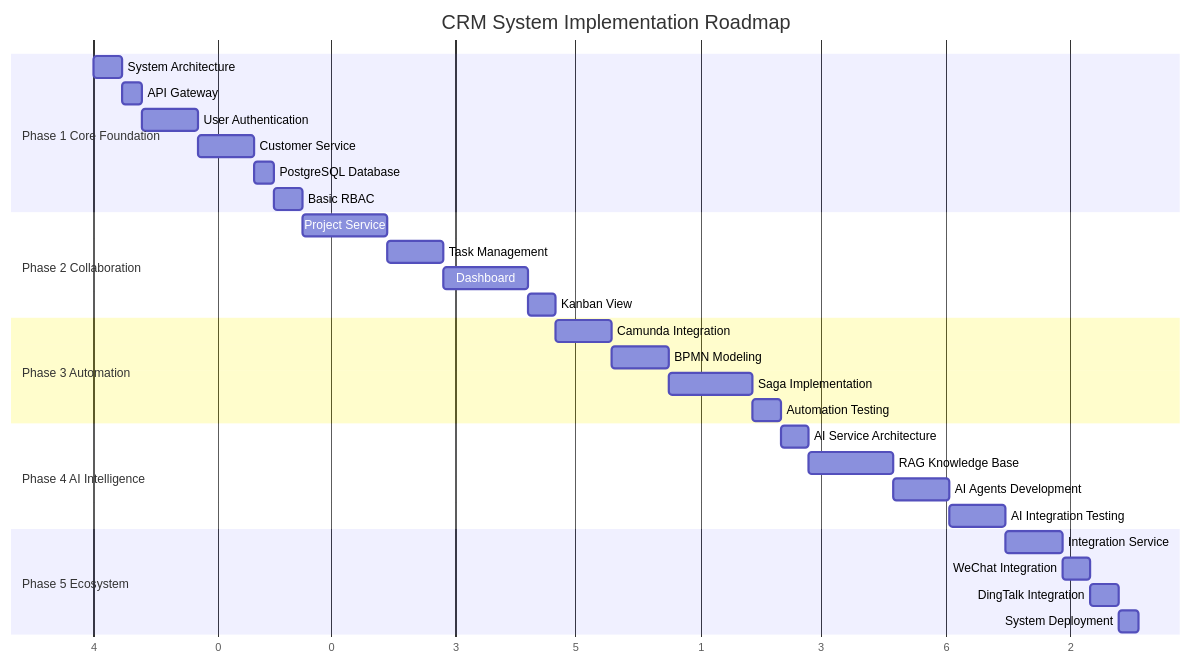
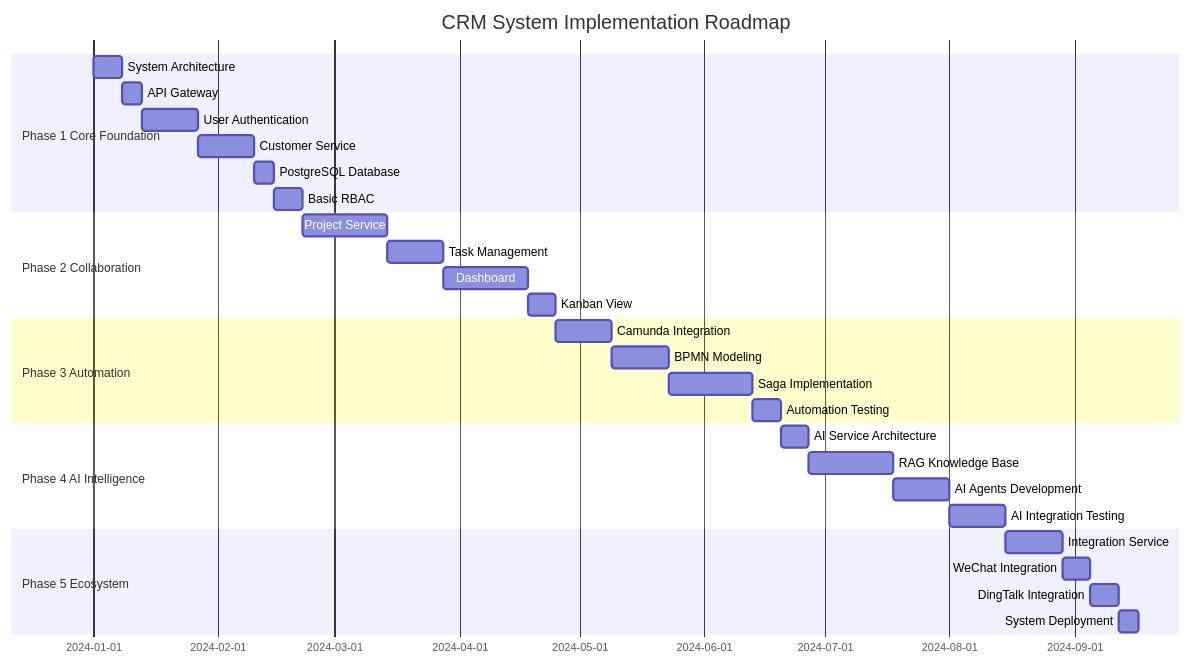
Before and after one commit to zavierd/ZHCRM: the sixth of 8 diagrams in master-simplified.md, drawn with Mermaid. The commit also changed other lines of this file and 1 other file, not shown here.

First line of the commit message:
fix: 修复Gantt图语法错误

````diff
--- a/master-simplified.md
+++ b/master-simplified.md
@@ -626,38 +601,37 @@
 ```mermaid
 gantt
     title CRM System Implementation Roadmap
-    dateFormat X
-    axisFormat %w
+    dateFormat YYYY-MM-DD
 
     section Phase 1 Core Foundation
-    System Architecture    :arch, 0, 1w
+    System Architecture    :arch, 2024-01-01, 1w
     API Gateway           :gateway, after arch, 5d
     User Authentication   :auth, after gateway, 2w
     Customer Service      :customer, after auth, 2w
     PostgreSQL Database   :db, after customer, 5d
     Basic RBAC           :rbac, after db, 1w
 
     section Phase 2 Collaboration
     Project Service       :project, after rbac, 3w
     Task Management      :task, after project, 2w
     Dashboard           :dashboard, after task, 3w
     Kanban View         :kanban, after dashboard, 1w
 
     section Phase 3 Automation
     Camunda Integration  :workflow, after kanban, 2w
     BPMN Modeling       :bpmn, after workflow, 2w
     Saga Implementation :saga, after bpmn, 3w
     Automation Testing  :auto_test, after saga, 1w
 
     section Phase 4 AI Intelligence
     AI Service Architecture :ai_arch, after auto_test, 1w
     RAG Knowledge Base     :rag, after ai_arch, 3w
     AI Agents Development  :agents, after rag, 2w
     AI Integration Testing :ai_test, after agents, 2w
 
     section Phase 5 Ecosystem
     Integration Service    :integration, after ai_test, 2w
     WeChat Integration    :wechat, after integration, 1w
     DingTalk Integration  :dingtalk, after wechat, 1w
     System Deployment     :deploy, after dingtalk, 5d
 ```
````
